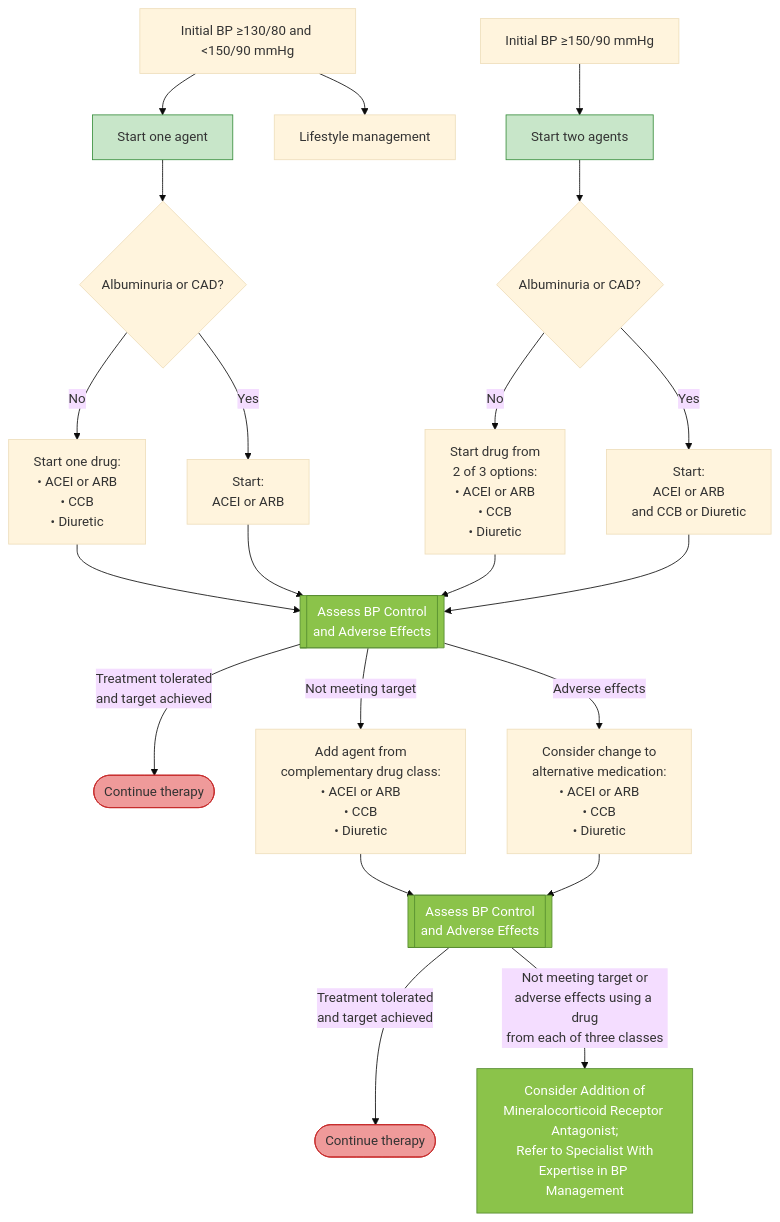
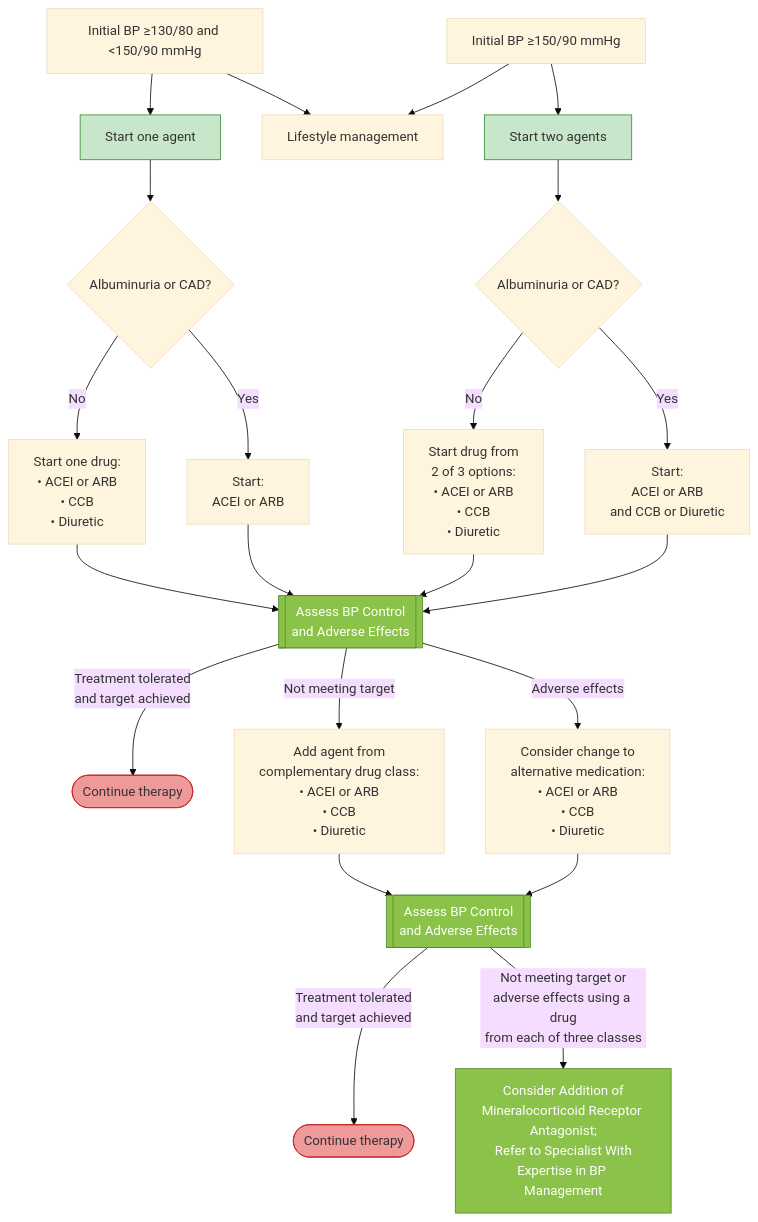
One commit to familyoh77/familyoh77 changed the second of 3 diagrams in 226_/100_-diabetes-mellitus.md. Above: the diagram before and after it, drawn with Mermaid (base theme). The commit also changed other lines of this file and 1 other file, not shown here.

````diff
--- a/226_/100_-diabetes-mellitus.md
+++ b/226_/100_-diabetes-mellitus.md
@@ -678,38 +508,38 @@
 ```mermaid
 graph TD
     A["Initial BP ≥130/80 and <150/90 mmHg"] --> B["Start one agent"]
     A --> C["Lifestyle management"]
     D["Initial BP ≥150/90 mmHg"] --> E["Start two agents"]
-
+    D --> C
     B --> F{"Albuminuria or CAD?"}
     E --> G{"Albuminuria or CAD?"}
 
     F -->|No| H["Start one drug:\n• ACEI or ARB\n• CCB\n• Diuretic"]
     F -->|Yes| I["Start:\nACEI or ARB"]
 
     G -->|No| J["Start drug from\n2 of 3 options:\n• ACEI or ARB\n• CCB\n• Diuretic"]
     G -->|Yes| K["Start:\nACEI or ARB\nand CCB or Diuretic"]
 
     H --> L[["Assess BP Control\nand Adverse Effects"]]
     I --> L
     J --> L
     K --> L
 
     L -->|Treatment tolerated\nand target achieved| M(["Continue therapy"])
     L -->|Not meeting target| N["Add agent from\ncomplementary drug class:\n• ACEI or ARB\n• CCB\n• Diuretic"]
     L -->|Adverse effects| O["Consider change to\nalternative medication:\n• ACEI or ARB\n• CCB\n• Diuretic"]
 
     N --> P[["Assess BP Control\nand Adverse Effects"]]
     O --> P
 
     P -->|Treatment tolerated\nand target achieved| Q(["Continue therapy"])
     P -->|"Not meeting target or\nadverse effects using a drug\nfrom each of three classes"| R["Consider Addition of\nMineralocorticoid Receptor Antagonist;\nRefer to Specialist With\nExpertise in BP Management"]
 
     style B fill:#c8e6c9,stroke:#388e3c
     style E fill:#c8e6c9,stroke:#388e3c
     style L fill:#8bc34a,stroke:#558b2f,color:#fff
     style P fill:#8bc34a,stroke:#558b2f,color:#fff
     style M fill:#ef9a9a,stroke:#c62828
     style Q fill:#ef9a9a,stroke:#c62828
     style R fill:#8bc34a,stroke:#558b2f,color:#fff
 ```
````
